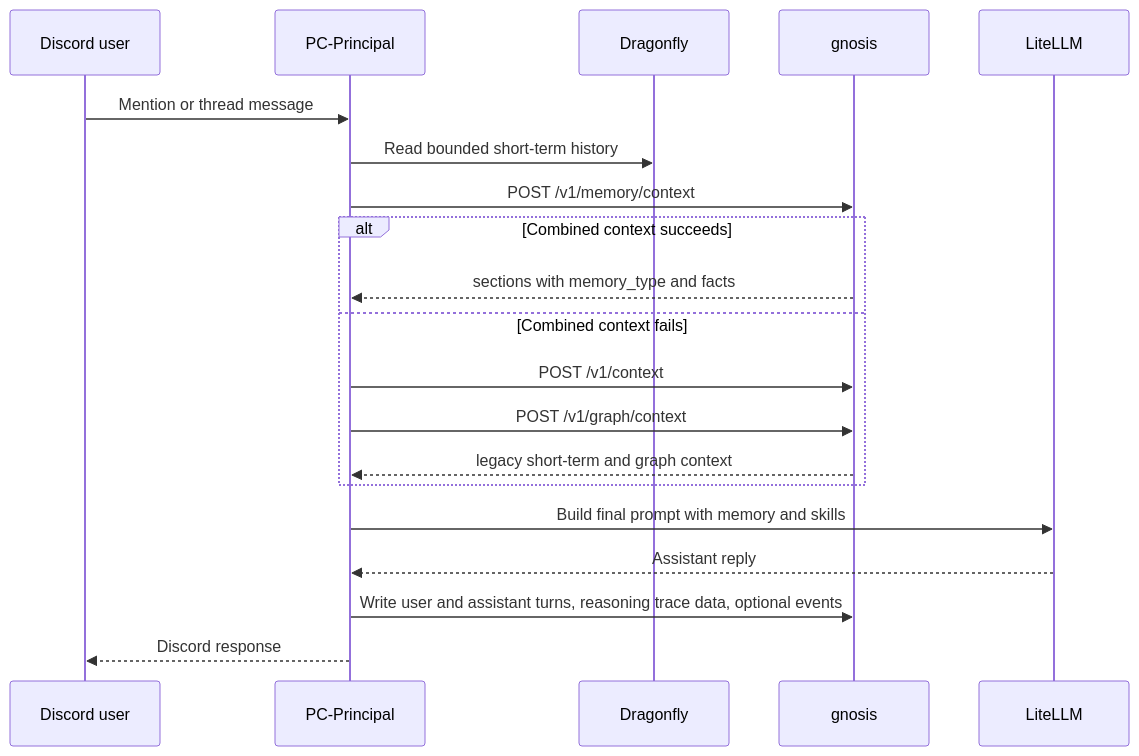
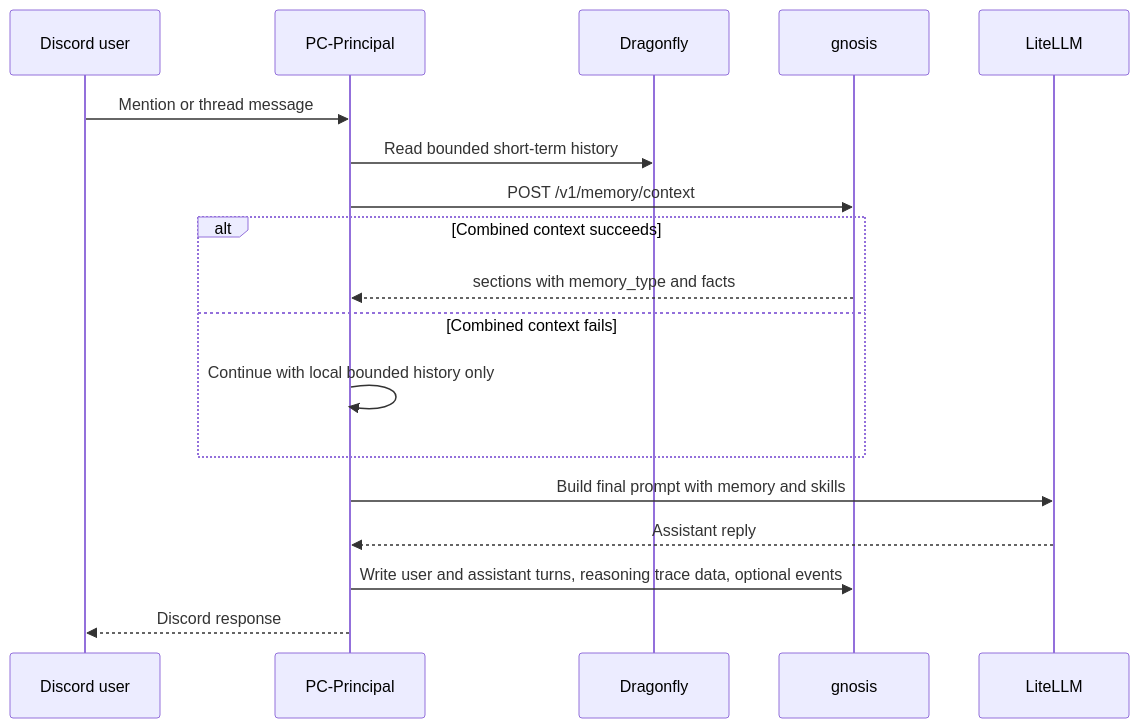
One commit to bromigos-org/PC-Principal changed the second of 2 diagrams in README.md. Above: the diagram before and after it, drawn with Mermaid. The commit also changed other lines of this file, not shown here.

First line of the commit message:
docs(memory): describe gnosis degradation flow

````diff
--- a/README.md
+++ b/README.md
@@ -84,23 +85,21 @@
 ```mermaid
 sequenceDiagram
     participant U as Discord user
     participant B as PC-Principal
     participant D as Dragonfly
     participant M as gnosis
     participant L as LiteLLM
 
     U->>B: Mention or thread message
     B->>D: Read bounded short-term history
     B->>M: POST /v1/memory/context
     alt Combined context succeeds
         M-->>B: sections with memory_type and facts
     else Combined context fails
-        B->>M: POST /v1/context
-        B->>M: POST /v1/graph/context
-        M-->>B: legacy short-term and graph context
+        B->>B: Continue with local bounded history only
     end
     B->>L: Build final prompt with memory and skills
     L-->>B: Assistant reply
     B->>M: Write user and assistant turns, reasoning trace data, optional events
     B-->>U: Discord response
 ```
````
